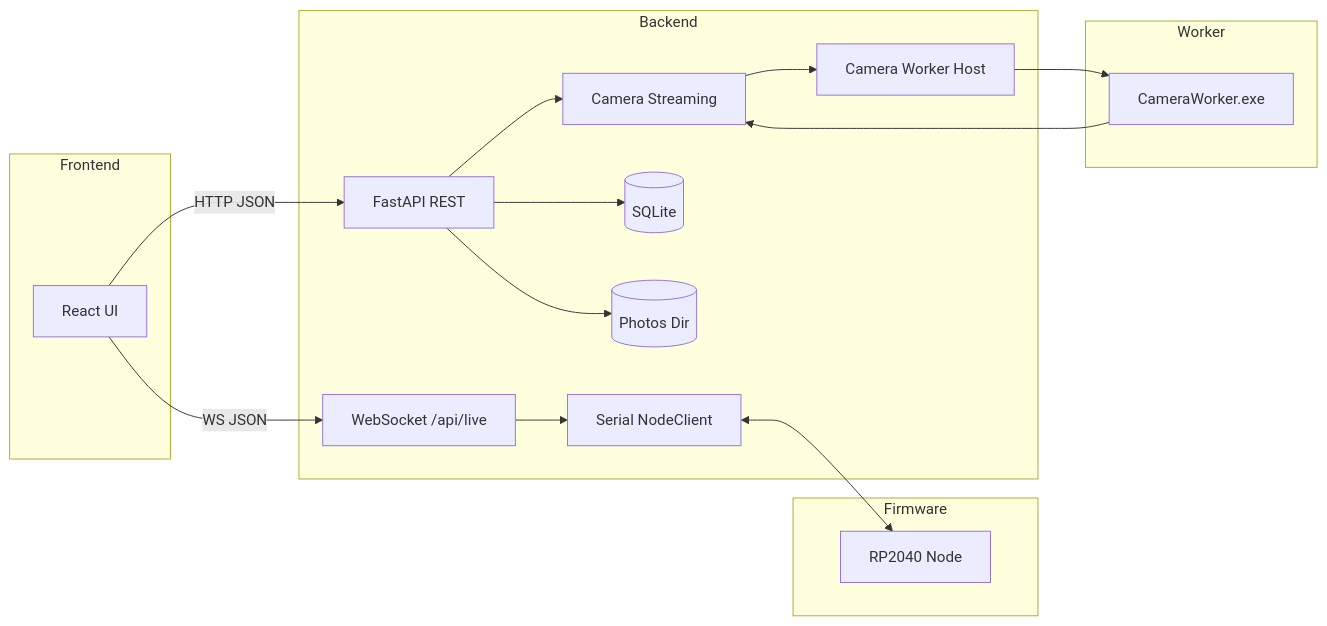
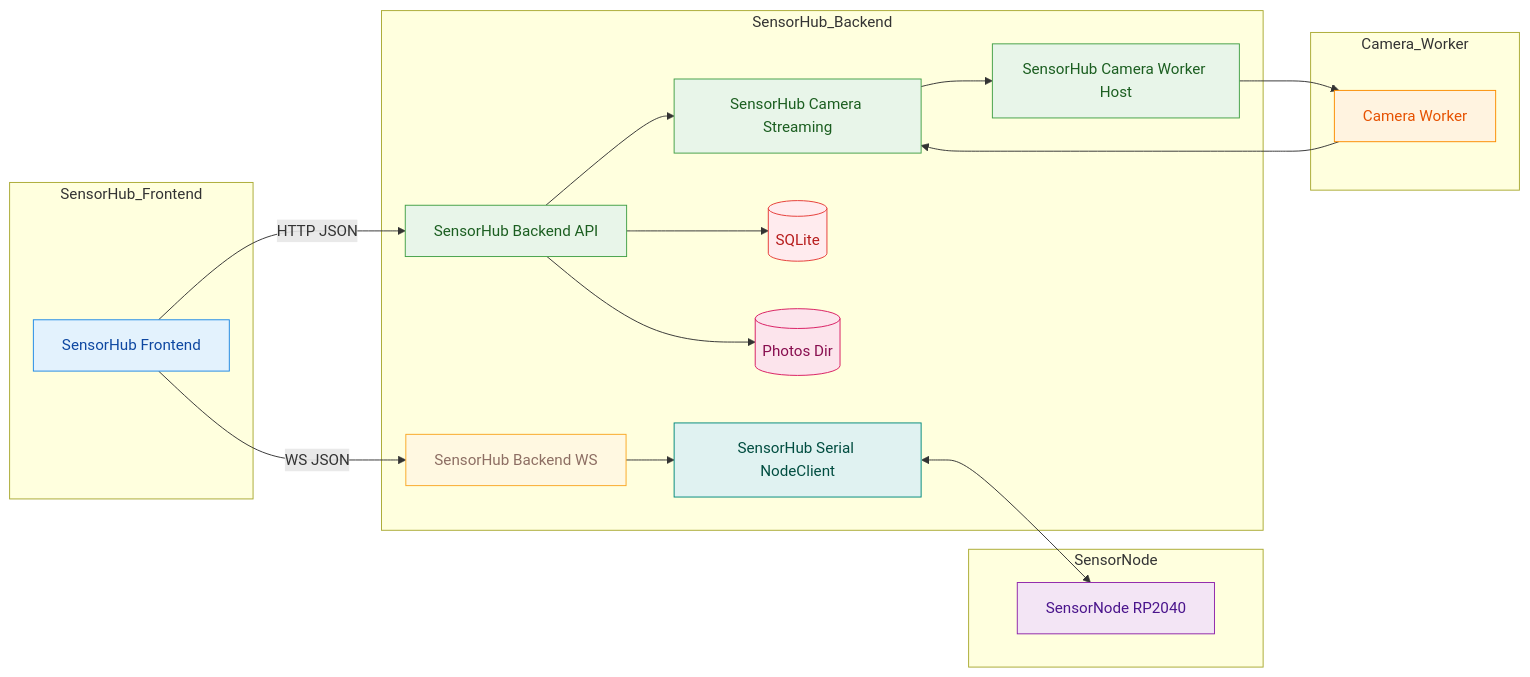
One commit to nilu-s/Hydroponik_Observer changed the first of 2 diagrams in docs/architecture.md. Above: the diagram before and after it, drawn with Mermaid. The commit also changed other lines of this file and 1684 other files, not shown here.

````diff
--- a/docs/architecture.md
+++ b/docs/architecture.md
@@ -60,35 +60,47 @@
 ```mermaid
 flowchart LR
-  subgraph Firmware
-    Node[RP2040 Node]
+  subgraph SensorNode
+    Node[SensorNode RP2040]
   end
 
-  subgraph Backend
-    API[FastAPI REST]
-    WS[WebSocket /api/live]
-    Serial[Serial NodeClient]
+  subgraph SensorHub_Backend
+    API[SensorHub Backend API]
+    WS[SensorHub Backend WS]
+    Serial[SensorHub Serial NodeClient]
     DB[(SQLite)]
     Photos[(Photos Dir)]
-    CamCtl[Camera Streaming]
-    WorkerCtl[Camera Worker Host]
+    CamCtl[SensorHub Camera Streaming]
+    WorkerCtl[SensorHub Camera Worker Host]
   end
 
-  subgraph Frontend
-    UI[React UI]
+  subgraph SensorHub_Frontend
+    UI[SensorHub Frontend]
   end
 
-  subgraph Worker
-    CamWorker[CameraWorker.exe]
+  subgraph Camera_Worker
+    CamWorker[Camera Worker]
   end
 
   UI -->|HTTP JSON| API
   UI -->|WS JSON| WS
   API --> DB
   API --> Photos
   WS --> Serial
   Serial <--> Node
   CamCtl --> WorkerCtl
   WorkerCtl --> CamWorker
   CamWorker --> CamCtl
   API --> CamCtl
+
+  %% Farbcode (Flowchart, kompatibel mit Mermaid Preview)
+  style UI fill:#E3F2FD,stroke:#1E88E5,color:#0D47A1
+  style API fill:#E8F5E9,stroke:#43A047,color:#1B5E20
+  style WS fill:#FFF8E1,stroke:#F9A825,color:#8D6E63
+  style Serial fill:#E0F2F1,stroke:#00897B,color:#004D40
+  style CamCtl fill:#E8F5E9,stroke:#43A047,color:#1B5E20
+  style WorkerCtl fill:#E8F5E9,stroke:#43A047,color:#1B5E20
+  style DB fill:#FFEBEE,stroke:#E53935,color:#B71C1C
+  style Photos fill:#FCE4EC,stroke:#D81B60,color:#880E4F
+  style Node fill:#F3E5F5,stroke:#8E24AA,color:#4A148C
+  style CamWorker fill:#FFF3E0,stroke:#FB8C00,color:#E65100
 ```
````
